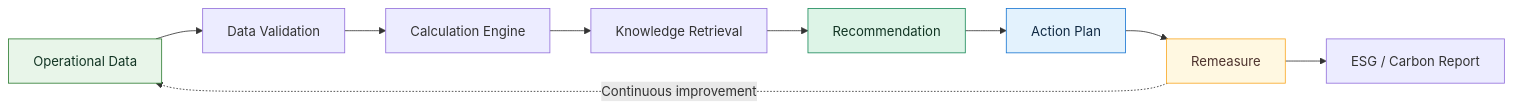
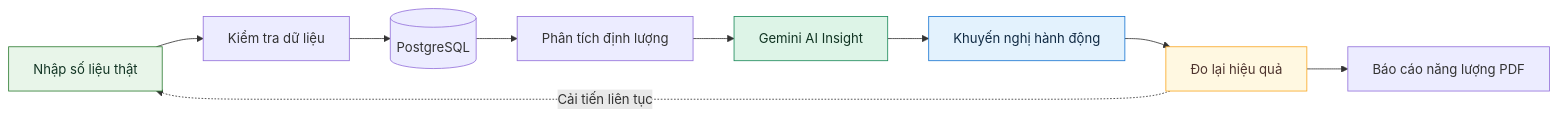
The first of 5 diagrams in README.md (NXThanh01/EcoMetric-iOS), drawn with Mermaid before and after one commit. The commit also changed other lines of this file and 70 other files, not shown here.

````diff
--- a/README.md
+++ b/README.md
@@ -41,16 +43,16 @@
 ```mermaid
 flowchart LR
-    A[Operational Data] --> B[Data Validation]
-    B --> C[Calculation Engine]
-    C --> D[Knowledge Retrieval]
-    D --> E[Recommendation]
-    E --> F[Action Plan]
-    F --> G[Remeasure]
-    G --> H[ESG / Carbon Report]
-    G -. Continuous improvement .-> A
+    A[Nhập số liệu thật] --> B[Kiểm tra dữ liệu]
+    B --> C[(PostgreSQL)]
+    C --> D[Phân tích định lượng]
+    D --> E[Gemini AI Insight]
+    E --> F[Khuyến nghị hành động]
+    F --> G[Đo lại hiệu quả]
+    G --> H[Báo cáo năng lượng PDF]
+    G -. Cải tiến liên tục .-> A
 
     style A fill:#E8F5E9,stroke:#2E7D32,color:#123524
     style E fill:#DDF4E7,stroke:#1B8A5A,color:#123524
     style F fill:#E3F2FD,stroke:#1976D2,color:#102A43
     style G fill:#FFF8E1,stroke:#F9A825,color:#4E342E
 ```
````
